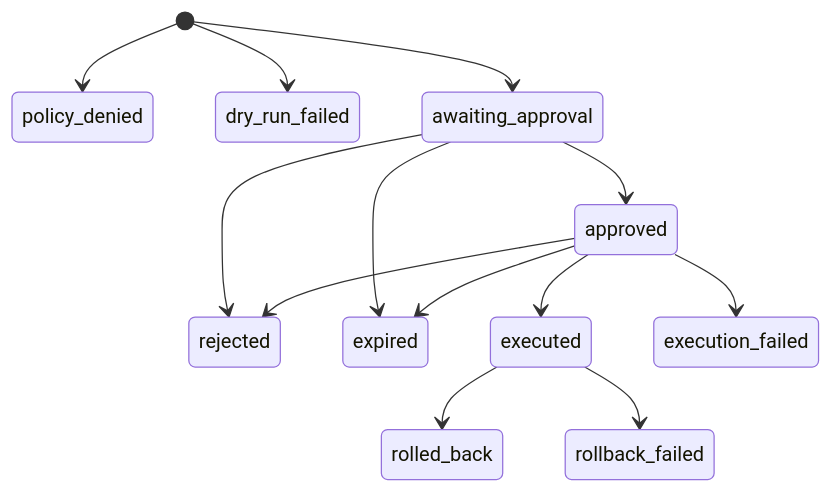
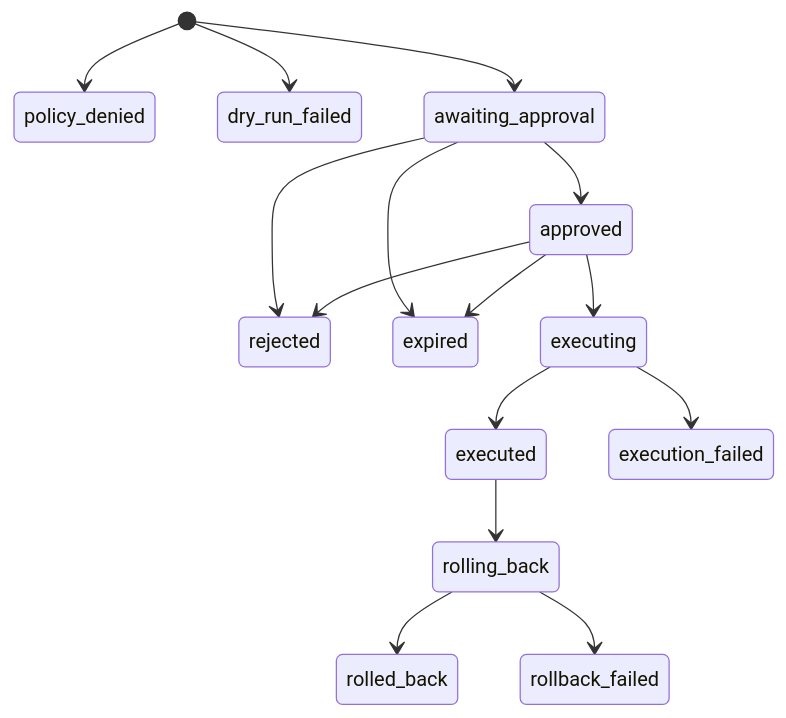
Before and after one commit to marcocristofolini/ai-sre-rca: the second of 2 diagrams in docs/remediation.md, drawn with Mermaid. The commit also changed other lines of this file, not shown here.

Commit message:
docs: document atomic remediation transition guards

```diff
--- a/docs/remediation.md
+++ b/docs/remediation.md
@@ -132,15 +132,17 @@
 ~~~mermaid
 stateDiagram-v2
     [*] --> policy_denied
     [*] --> dry_run_failed
     [*] --> awaiting_approval
     awaiting_approval --> approved
     awaiting_approval --> rejected
     awaiting_approval --> expired
     approved --> rejected
     approved --> expired
-    approved --> executed
-    approved --> execution_failed
-    executed --> rolled_back
-    executed --> rollback_failed
+    approved --> executing
+    executing --> executed
+    executing --> execution_failed
+    executed --> rolling_back
+    rolling_back --> rolled_back
+    rolling_back --> rollback_failed
 ~~~
```
